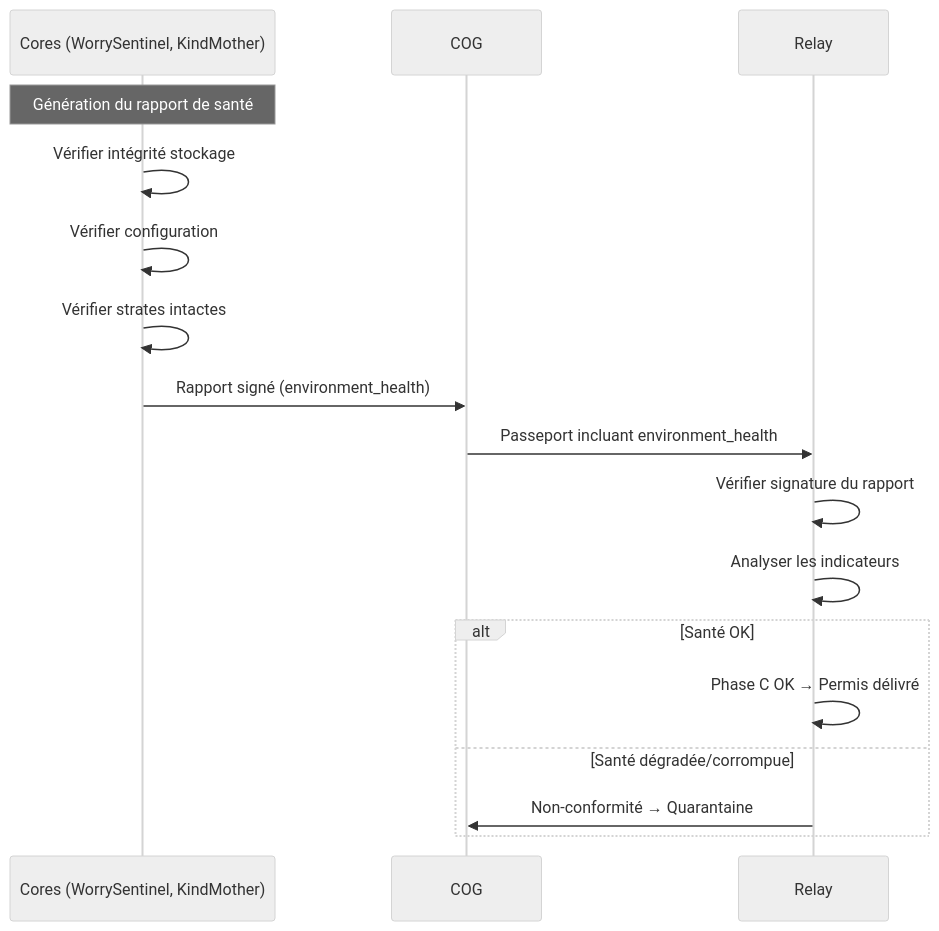
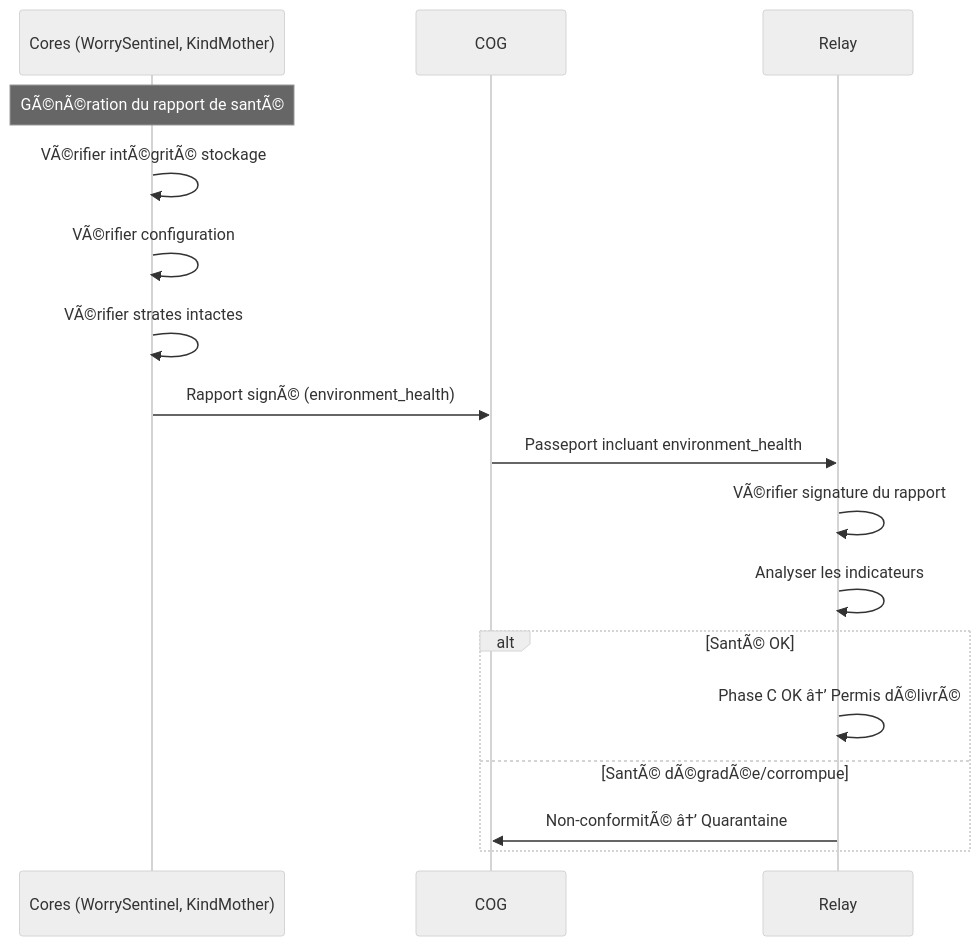
Before and after one commit to StudioMiyukini/miyukini_cog: the fourth of 5 diagrams in docs/miyukini-webway-system/verification/MWS - Flux de Verification.md, drawn with Mermaid (neutral theme). The commit also changed other lines of this file and 1287 other files, not shown here.

````diff
--- a/docs/miyukini-webway-system/verification/MWS - Flux de Verification.md
+++ b/docs/miyukini-webway-system/verification/MWS - Flux de Verification.md
@@ -182,20 +182,20 @@
 ```mermaid
 sequenceDiagram
     participant Cores as Cores (WorrySentinel, KindMother)
     participant COG as COG
     participant R as Relay
 
-    Note over Cores: Génération du rapport de santé
-    Cores->>Cores: Vérifier intégrité stockage
-    Cores->>Cores: Vérifier configuration
-    Cores->>Cores: Vérifier strates intactes
-    Cores->>COG: Rapport signé (environment_health)
+    Note over Cores: GÃ©nÃ©ration du rapport de santÃ©
+    Cores->>Cores: VÃ©rifier intÃ©gritÃ© stockage
+    Cores->>Cores: VÃ©rifier configuration
+    Cores->>Cores: VÃ©rifier strates intactes
+    Cores->>COG: Rapport signÃ© (environment_health)
     COG->>R: Passeport incluant environment_health
-    R->>R: Vérifier signature du rapport
+    R->>R: VÃ©rifier signature du rapport
     R->>R: Analyser les indicateurs
-    alt Santé OK
-        R->>R: Phase C OK → Permis délivré
-    else Santé dégradée/corrompue
-        R->>COG: Non-conformité → Quarantaine
+    alt SantÃ© OK
+        R->>R: Phase C OK â†’ Permis dÃ©livrÃ©
+    else SantÃ© dÃ©gradÃ©e/corrompue
+        R->>COG: Non-conformitÃ© â†’ Quarantaine
     end
 ```
````
